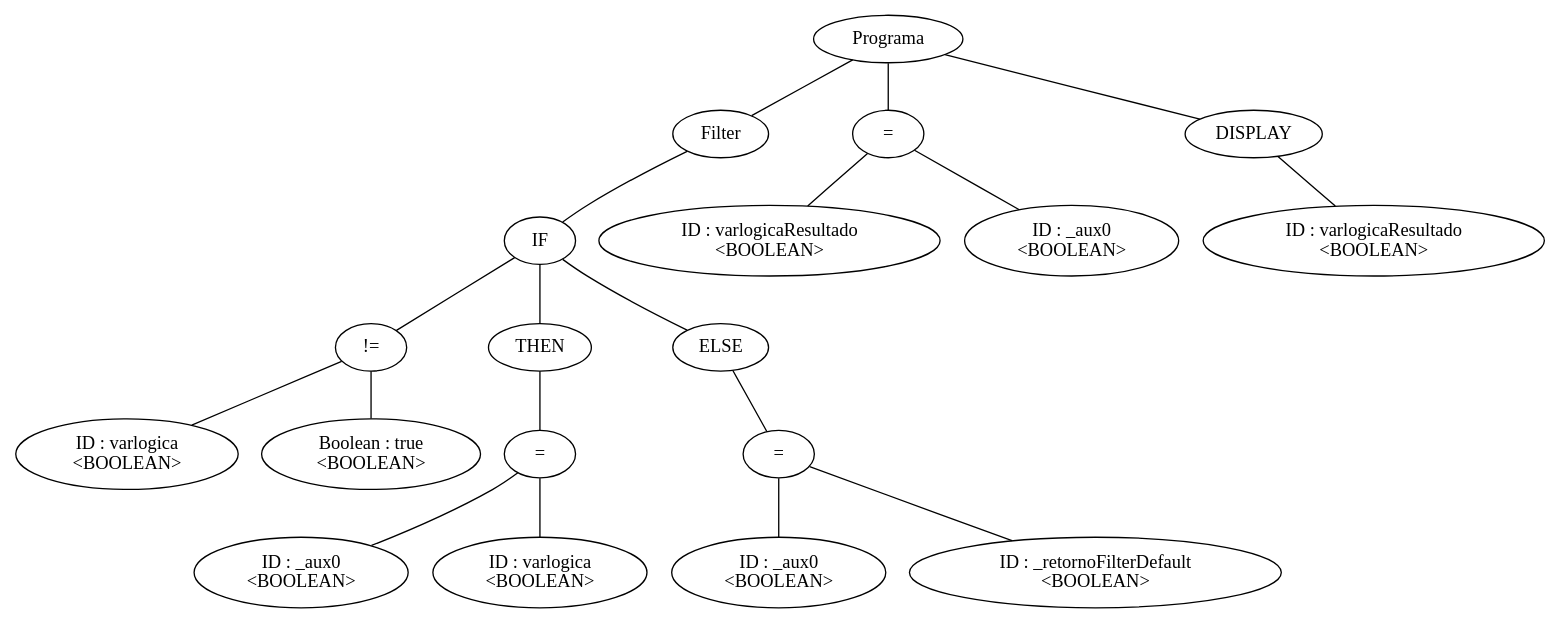
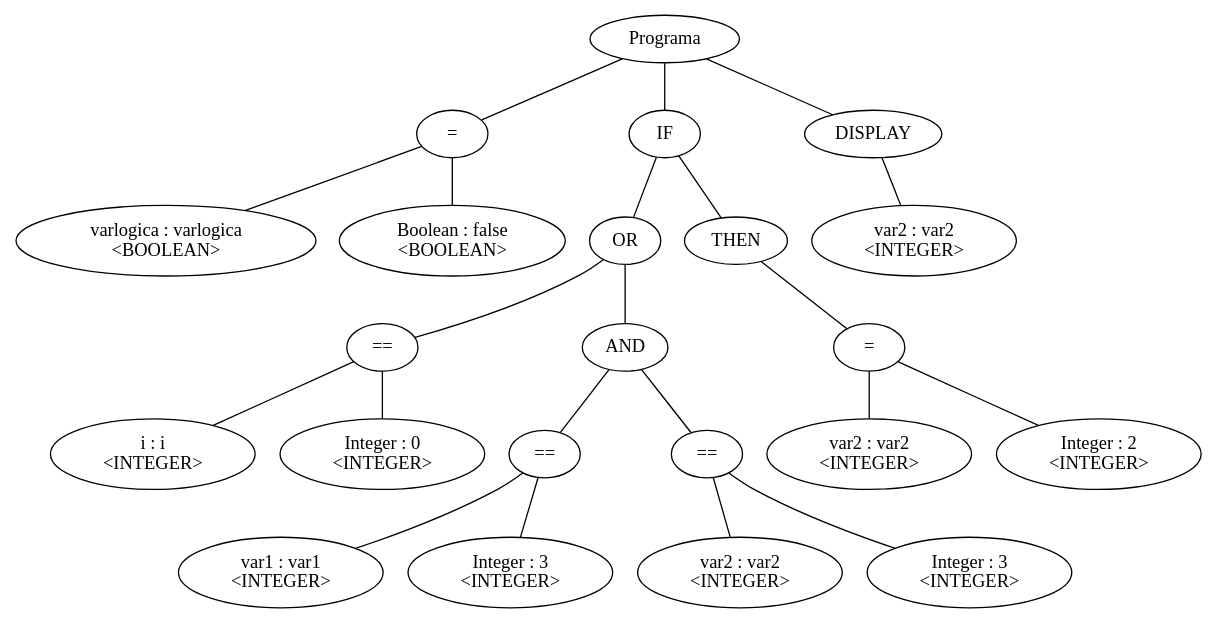
One commit to leandroprios/compilador changed the diagram in arbol.dot. Above: the diagram before and after it, drawn with Graphviz. The commit also changed 22 other files, not shown here.

```diff
--- a/arbol.dot
+++ b/arbol.dot
@@ -1,39 +1,44 @@
-graph G {nodo_973966548[label="Programa"]
-nodo_1135577805[label="Filter"]
-nodo_973966548--nodo_1135577805
-nodo_1556129942[label="IF"]
-nodo_1135577805--nodo_1556129942
-nodo_2084912489[label="!="]
-nodo_1556129942--nodo_2084912489
-nodo_720921881[label="ID : varlogica 
- <BOOLEAN>"]
-nodo_2084912489--nodo_720921881
-nodo_364804969[label="Boolean : true\n<BOOLEAN>"]
-nodo_2084912489--nodo_364804969
-nodo_1290007888[label="="]
-nodo_594481717--nodo_1290007888
-nodo_429402064[label="ID : _aux0\n<BOOLEAN>"]
-nodo_1290007888--nodo_429402064
-nodo_1889618263[label="ID : varlogica\n<BOOLEAN>"]
-nodo_1290007888--nodo_1889618263
-nodo_1556129942--nodo_594481717
-nodo_594481717[label="THEN"]
-nodo_1556129942--nodo_935245419
-nodo_935245419[label="ELSE"]
-nodo_379719961[label="="]
-nodo_935245419--nodo_379719961
-nodo_1169698792[label="ID : _aux0\n<BOOLEAN>"]
-nodo_379719961--nodo_1169698792
-nodo_491136552[label="ID : _retornoFilterDefault\n<BOOLEAN>"]
-nodo_379719961--nodo_491136552
-nodo_1742159654[label="="]
-nodo_973966548--nodo_1742159654
-nodo_1643888668[label="ID : varlogicaResultado\n<BOOLEAN>"]
-nodo_1742159654--nodo_1643888668
-nodo_1706583204[label="ID : _aux0\n<BOOLEAN>"]
-nodo_1742159654--nodo_1706583204
-nodo_1239640413[label="DISPLAY"]
-nodo_973966548--nodo_1239640413
-nodo_387141960[label="ID : varlogicaResultado\n<BOOLEAN>"]
-nodo_1239640413--nodo_387141960
+graph G {nodo_72714197[label="Programa"]
+nodo_1340597973[label="="]
+nodo_72714197--nodo_1340597973
+nodo_222971267[label="varlogica : varlogica\n<BOOLEAN>"]
+nodo_1340597973--nodo_222971267
+nodo_621351120[label="Boolean : false\n<BOOLEAN>"]
+nodo_1340597973--nodo_621351120
+nodo_1812686715[label="IF"]
+nodo_72714197--nodo_1812686715
+nodo_480961889[label="OR"]
+nodo_1812686715--nodo_480961889
+nodo_1125371178[label="=="]
+nodo_480961889--nodo_1125371178
+nodo_779213320[label="i : i\n<INTEGER>"]
+nodo_1125371178--nodo_779213320
+nodo_435568642[label="Integer : 0\n<INTEGER>"]
+nodo_1125371178--nodo_435568642
+nodo_1388064688[label="AND"]
+nodo_480961889--nodo_1388064688
+nodo_253481552[label="=="]
+nodo_1388064688--nodo_253481552
+nodo_798681121[label="var1 : var1\n<INTEGER>"]
+nodo_253481552--nodo_798681121
+nodo_80169856[label="Integer : 3\n<INTEGER>"]
+nodo_253481552--nodo_80169856
+nodo_926233863[label="=="]
+nodo_1388064688--nodo_926233863
+nodo_1718483171[label="var2 : var2\n<INTEGER>"]
+nodo_926233863--nodo_1718483171
+nodo_508481519[label="Integer : 3\n<INTEGER>"]
+nodo_926233863--nodo_508481519
+nodo_1055430890[label="="]
+nodo_482547779--nodo_1055430890
+nodo_927716660[label="var2 : var2\n<INTEGER>"]
+nodo_1055430890--nodo_927716660
+nodo_1603425669[label="Integer : 2\n<INTEGER>"]
+nodo_1055430890--nodo_1603425669
+nodo_1812686715--nodo_482547779
+nodo_482547779[label="THEN"]
+nodo_669394686[label="DISPLAY"]
+nodo_72714197--nodo_669394686
+nodo_1572066592[label="var2 : var2\n<INTEGER>"]
+nodo_669394686--nodo_1572066592
 }
```
